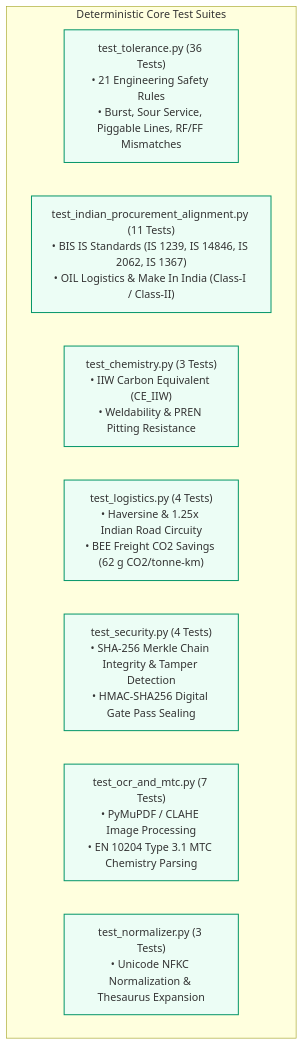
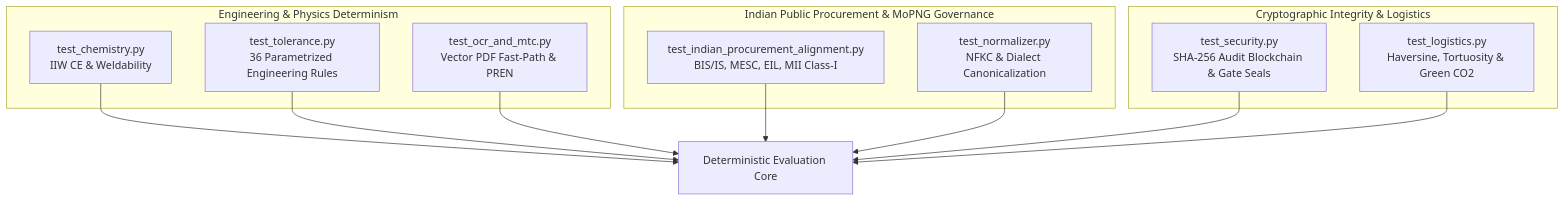
The diagram in tests/unit/README.md (Gesicht436/Samanvay-AI), drawn with Mermaid before and after one commit. The commit also changed other lines of this file and 8 other files, not shown here.

Commit message:
test: complete 393-test verification suite across unit, integration, ML, and API layers

````diff
--- a/tests/unit/README.md
+++ b/tests/unit/README.md
@@ -13,15 +11,26 @@
 ```mermaid
-flowchart TD
-    subgraph Deterministic Core Test Suites
-        TOL["test_tolerance.py (36 Tests)<br/>• 21 Engineering Safety Rules<br/>• Burst, Sour Service, Piggable Lines, RF/FF Mismatches"]
-        IND["test_indian_procurement_alignment.py (11 Tests)<br/>• BIS IS Standards (IS 1239, IS 14846, IS 2062, IS 1367)<br/>• OIL Logistics & Make In India (Class-I / Class-II)"]
-        CHEM["test_chemistry.py (3 Tests)<br/>• IIW Carbon Equivalent (CE_IIW)<br/>• Weldability & PREN Pitting Resistance"]
-        LOG["test_logistics.py (4 Tests)<br/>• Haversine & 1.25x Indian Road Circuity<br/>• BEE Freight CO2 Savings (62 g CO2/tonne-km)"]
-        SEC["test_security.py (4 Tests)<br/>• SHA-256 Merkle Chain Integrity & Tamper Detection<br/>• HMAC-SHA256 Digital Gate Pass Sealing"]
-        OCR["test_ocr_and_mtc.py (7 Tests)<br/>• PyMuPDF / CLAHE Image Processing<br/>• EN 10204 Type 3.1 MTC Chemistry Parsing"]
-        NORM["test_normalizer.py (3 Tests)<br/>• Unicode NFKC Normalization & Thesaurus Expansion"]
+graph TD
+    subgraph "Engineering & Physics Determinism"
+        TC[test_chemistry.py<br/>IIW CE & Weldability]
+        TT[test_tolerance.py<br/>36 Parametrized Engineering Rules]
+        TMTC[test_ocr_and_mtc.py<br/>Vector PDF Fast-Path & PREN]
     end
 
-    classDef unit fill:#ecfdf5,stroke:#059669,stroke-width:1.5px;
-    class TOL,IND,CHEM,LOG,SEC,OCR,NORM unit;
+    subgraph "Indian Public Procurement & MoPNG Governance"
+        TIPA[test_indian_procurement_alignment.py<br/>BIS/IS, MESC, EIL, MII Class-I]
+        TN[test_normalizer.py<br/>NFKC & Dialect Canonicalization]
+    end
+
+    subgraph "Cryptographic Integrity & Logistics"
+        TS[test_security.py<br/>SHA-256 Audit Blockchain & Gate Seals]
+        TL[test_logistics.py<br/>Haversine, Tortuosity & Green CO2]
+    end
+
+    TC --> EvalCore[Deterministic Evaluation Core]
+    TT --> EvalCore
+    TMTC --> EvalCore
+    TIPA --> EvalCore
+    TN --> EvalCore
+    TS --> EvalCore
+    TL --> EvalCore
 ```
````
